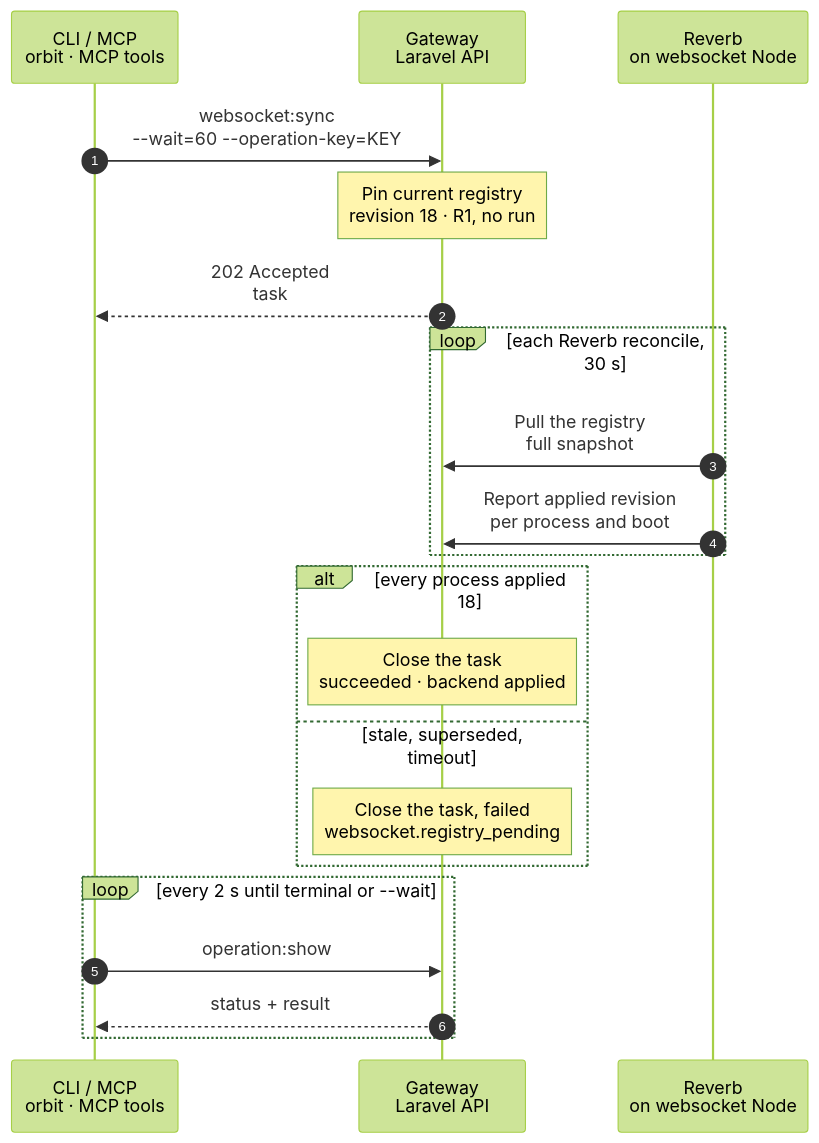
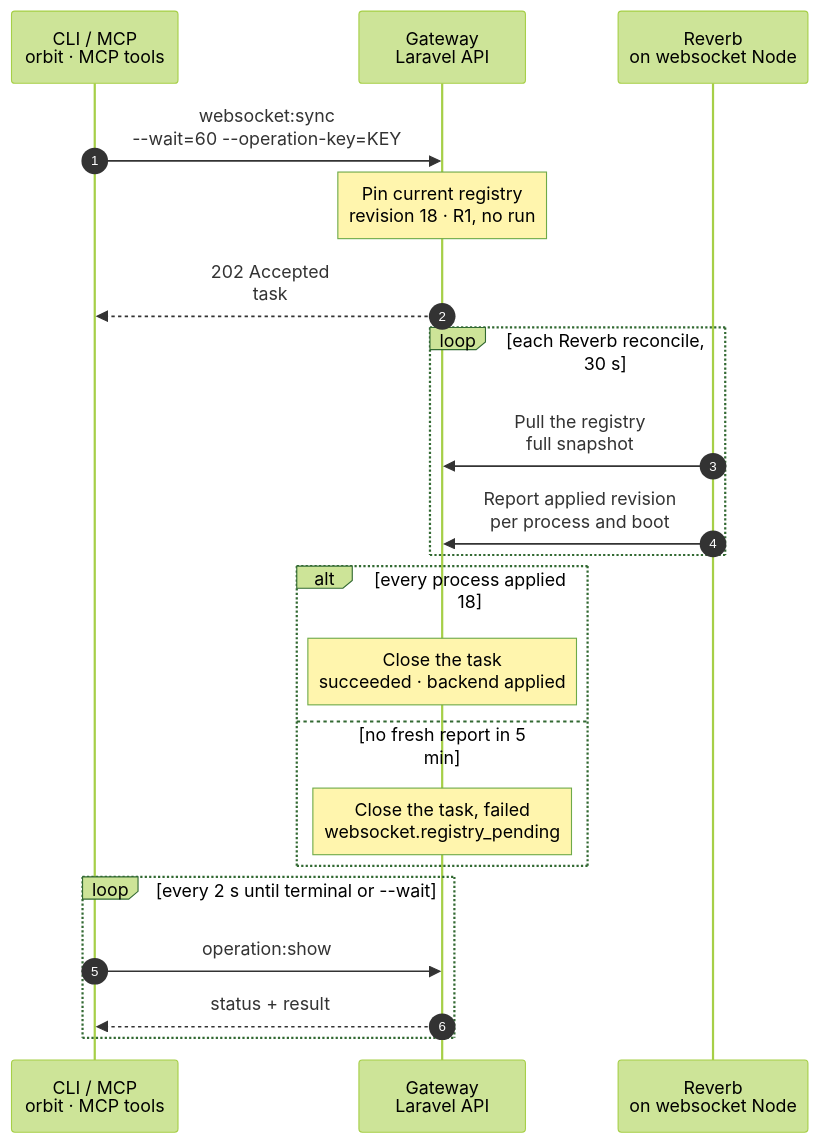
The diagram in docs/cli/websocket/sync.mmd (hardimpactdev/orbit), drawn with Mermaid (forest theme) before and after one commit. The commit also changed 2 other files, not shown here.

```diff
--- a/docs/cli/websocket/sync.mmd
+++ b/docs/cli/websocket/sync.mmd
@@ -1,69 +1,69 @@
 sequenceDiagram
   %% Target design: ADR 0244 task; DECISIONS R1 + round 2 websocket.sync (no polling step, the Gateway closes the task from Reverb's own reports, no run).
-  %% status: draft
+  %% status: migrated
   %% command: websocket:sync
   %% kind: websocket.sync
   autonumber
   %% lane CLI icon=terminal pill=caller tone=gray
   %% lane GW icon=gateway pill=intent tone=blue
   %% lane N icon=server pill=target tone=amber
   participant CLI as CLI / MCP<br/>orbit · MCP tools
   participant GW as Gateway<br/>Laravel API
   participant N as Reverb<br/>on websocket Node
   CLI->>GW: websocket:sync<br/>--wait=60 --operation-key=KEY
   %%> Command:
   %%> - `orbit websocket:sync --wait=60`
   %%> - syntax: `[--wait=SECONDS] [--operation-key=KEY] [--json]`
   %%> Input:
   %%> - `--wait`: how long the CLI follows the task, 0 to 3600 seconds; default 60
   %%> - optionally an operation key, to retry the same sync
   %%> What it does:
   %%> - waits until every serving Reverb process has applied the current registry, without a restart
   Note over GW: Pin current registry<br/>revision 18 · R1, no run
   %%> Requirements:
   %%> - a Node has the `websocket` role
   %%> What it does:
   %%> - records task #5125 for the current registry revision 18
   %%> - a pending app change does not block it, and separate syncs do not replace each other
   %%> Why no Swamp run:
   %%> - nothing has to be done on a Node; Reverb pulls and reports itself (R1)
   GW-->>CLI: 202 Accepted<br/>task #5125
   %%> What you get:
   %%> - the task number, at once
   %%> Next:
   %%> - the CLI follows the task with `operation:show` until `--wait` ends
   loop each Reverb reconcile, 30 s
     N->>GW: Pull the registry<br/>full snapshot
     %%> What it does:
     %%> - every Reverb process fetches the full snapshot on its own 30-second reconcile
     %%> - an unchanged revision answers `304`
     N->>GW: Report applied revision<br/>per process and boot
     %%> What it does:
     %%> - each process reports the revision it applied, with its boot identity
     %%> Why:
     %%> - a report from an old boot cannot confirm a replacement process
   end
   alt every process applied 18
     Note over GW: Close the task<br/>succeeded · backend applied
     %%> Result:
     %%> - every serving Reverb process runs revision 18 or later with the same apps
     %%> - task #5125 succeeds
-  else stale, superseded, timeout
+  else no fresh report in 5 min
     Note over GW: Close the task, failed<br/>websocket.registry_pending
     %%> When:
     %%> - a serving process is stale or missing after 5 minutes
     %%> Result:
     %%> - task #5125 fails; the registry stays as saved
     %%> Retry:
     %%> - run the same command again after the fix
   end
   loop every 2 s until terminal or --wait
     CLI->>GW: operation:show #5125
     %%> What it does:
     %%> - asks for the task's status every 2 seconds until it has ended or `--wait` has passed
     %%> When `--wait` passes first:
     %%> - the CLI exits non-zero; the task keeps waiting, and nothing is undone
     GW-->>CLI: status + result
     %%> Returns:
     %%> - the current status, and the result once the task has ended
   end
```
